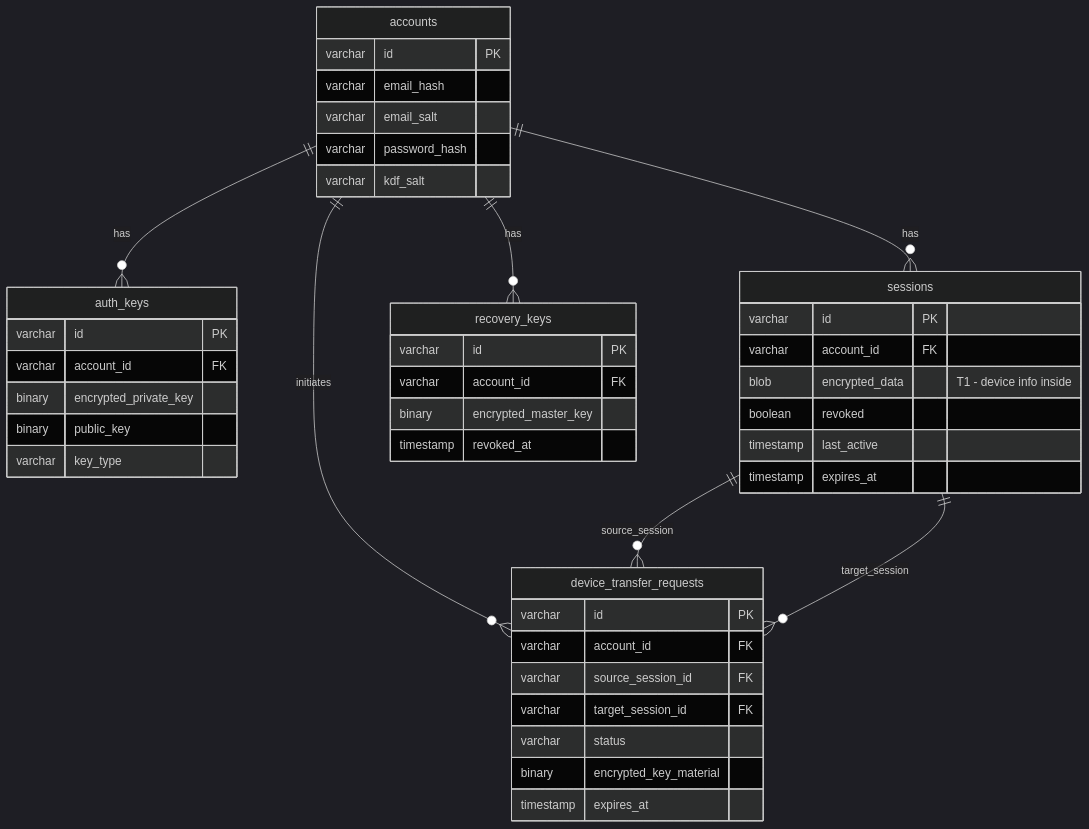
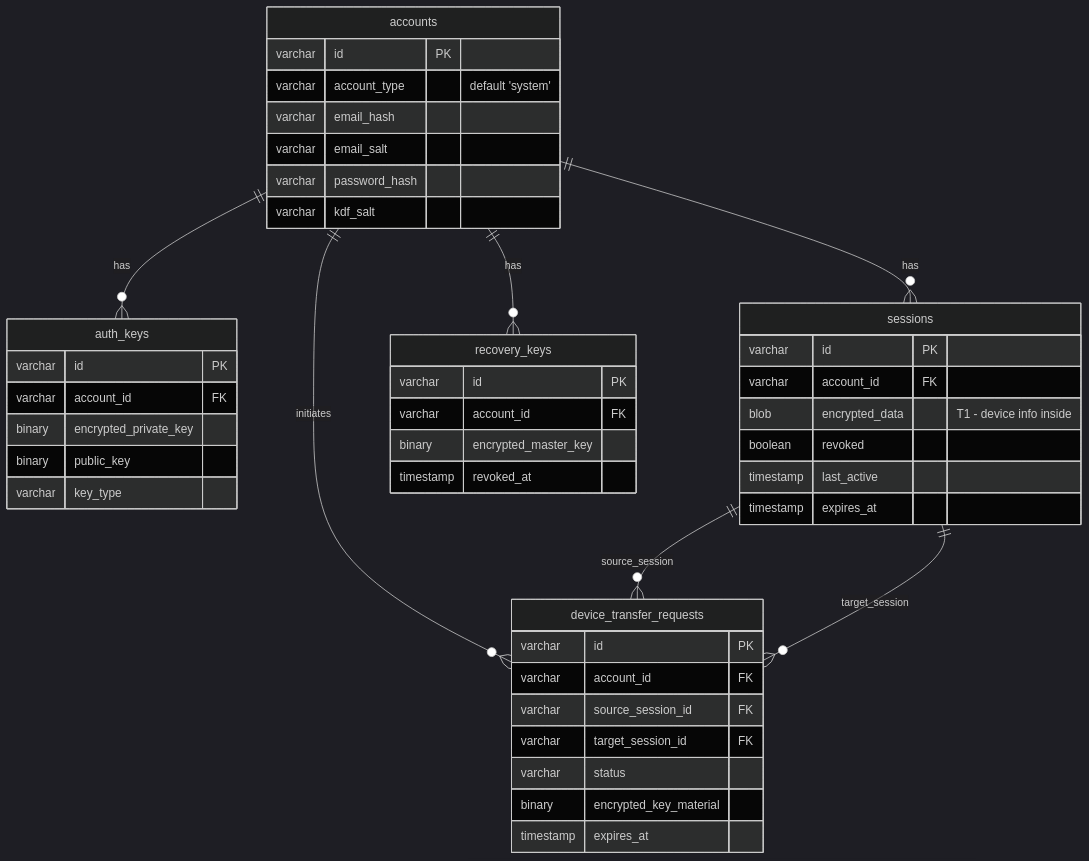
Before and after one commit to ThePrismSystem/pluralscape-mono: the first of 21 diagrams in docs/database-schema.md, drawn with Mermaid (dark theme). The commit also changed other lines of this file and 19 other files, not shown here.

First line of the commit message:
docs: update schema doc and future-features for PR #89 changes (#102)

````diff
--- a/docs/database-schema.md
+++ b/docs/database-schema.md
@@ -22,51 +22,52 @@
 ```mermaid
 erDiagram
     accounts {
         varchar id PK
+        varchar account_type "default 'system'"
         varchar email_hash
         varchar email_salt
         varchar password_hash
         varchar kdf_salt
     }
 
     auth_keys {
         varchar id PK
         varchar account_id FK
         binary encrypted_private_key
         binary public_key
         varchar key_type
     }
 
     sessions {
         varchar id PK
         varchar account_id FK
         blob encrypted_data "T1 - device info inside"
         boolean revoked
         timestamp last_active
         timestamp expires_at
     }
 
     recovery_keys {
         varchar id PK
         varchar account_id FK
         binary encrypted_master_key
         timestamp revoked_at
     }
 
     device_transfer_requests {
         varchar id PK
         varchar account_id FK
         varchar source_session_id FK
         varchar target_session_id FK
         varchar status
         binary encrypted_key_material
         timestamp expires_at
     }
 
     accounts ||--o{ auth_keys : "has"
     accounts ||--o{ sessions : "has"
     accounts ||--o{ recovery_keys : "has"
     accounts ||--o{ device_transfer_requests : "initiates"
     sessions ||--o{ device_transfer_requests : "source_session"
     sessions ||--o{ device_transfer_requests : "target_session"
 ```
````
